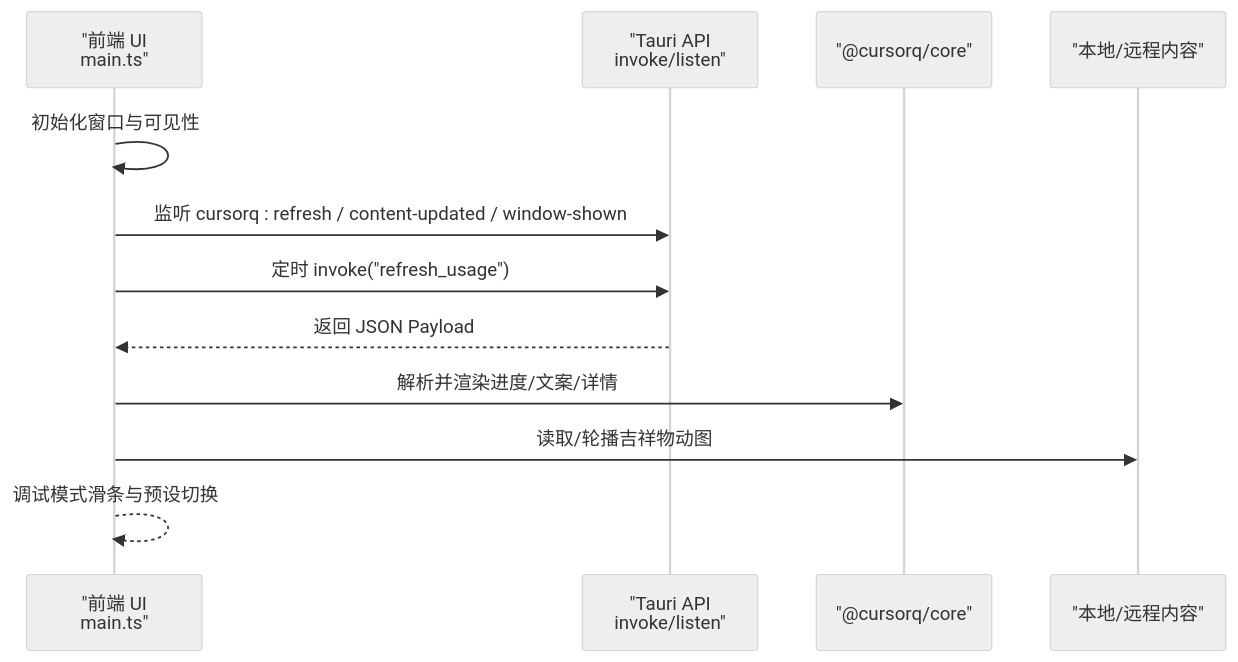
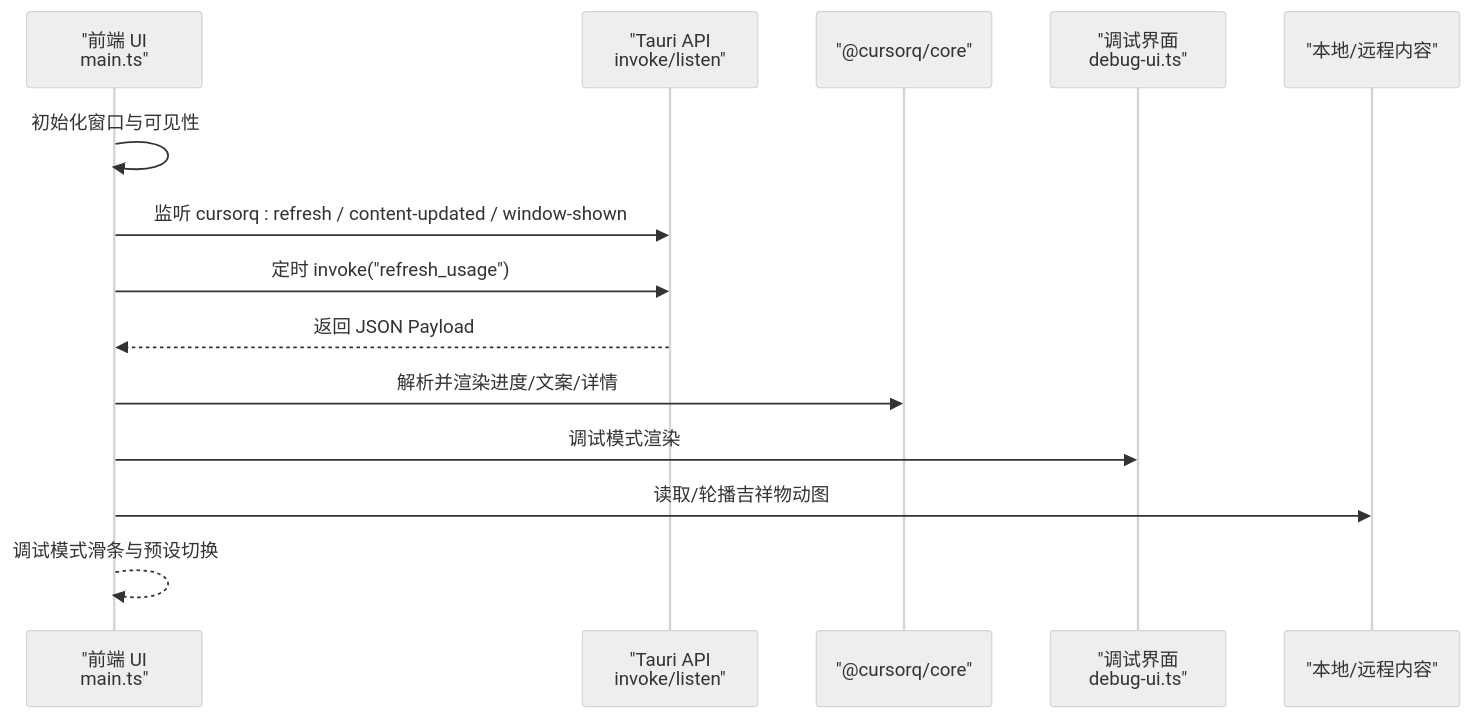
Before and after one commit to Sev73n/cursorq: the fifth of 9 diagrams in .qoder/repowiki/zh/content/开发指南/开发指南.md, drawn with Mermaid (neutral theme). The commit also changed other lines of this file and 10 other files, not shown here.

````diff
--- a/.qoder/repowiki/zh/content/开发指南/开发指南.md
+++ b/.qoder/repowiki/zh/content/开发指南/开发指南.md
@@ -136,14 +235,16 @@
 ```mermaid
 sequenceDiagram
 participant UI as "前端 UI<br/>main.ts"
 participant Tauri as "Tauri API<br/>invoke/listen"
 participant Core as "@cursorq/core"
+participant DebugUI as "调试界面<br/>debug-ui.ts"
 participant FS as "本地/远程内容"
 UI->>UI : 初始化窗口与可见性
 UI->>Tauri : 监听 cursorq : refresh / content-updated / window-shown
 UI->>Tauri : 定时 invoke("refresh_usage")
 Tauri-->>UI : 返回 JSON Payload
 UI->>Core : 解析并渲染进度/文案/详情
+UI->>DebugUI : 调试模式渲染
 UI->>FS : 读取/轮播吉祥物动图
 UI-->>UI : 调试模式滑条与预设切换
 ```
````
